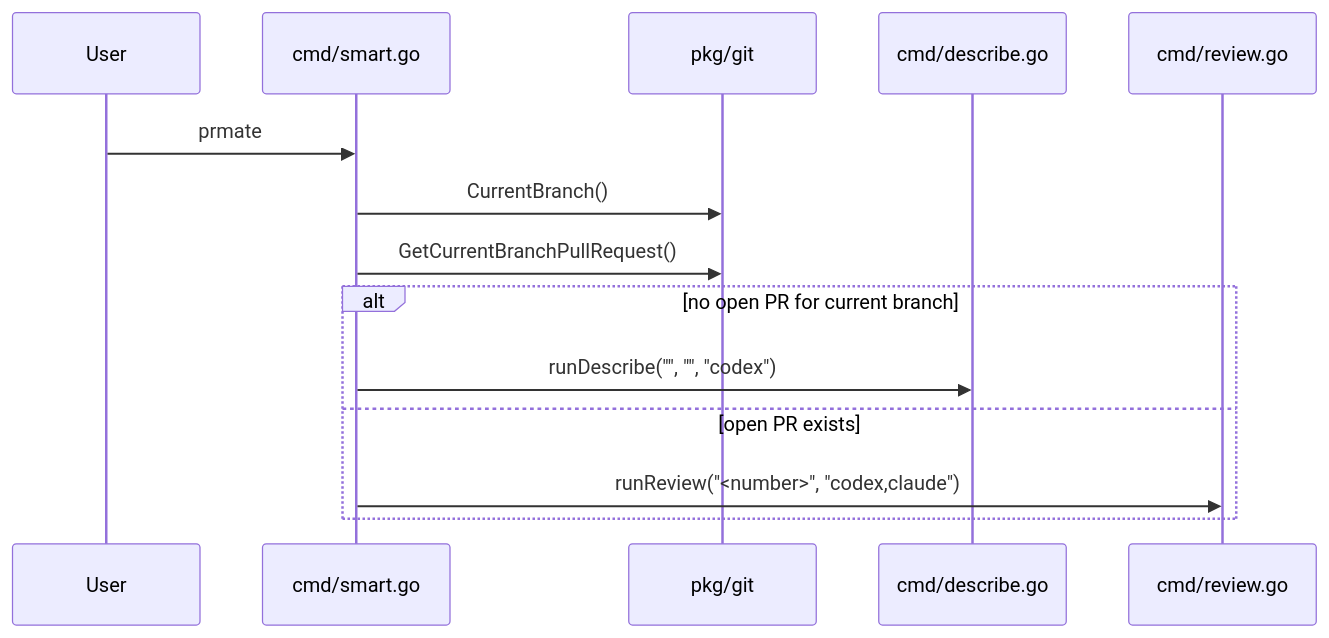
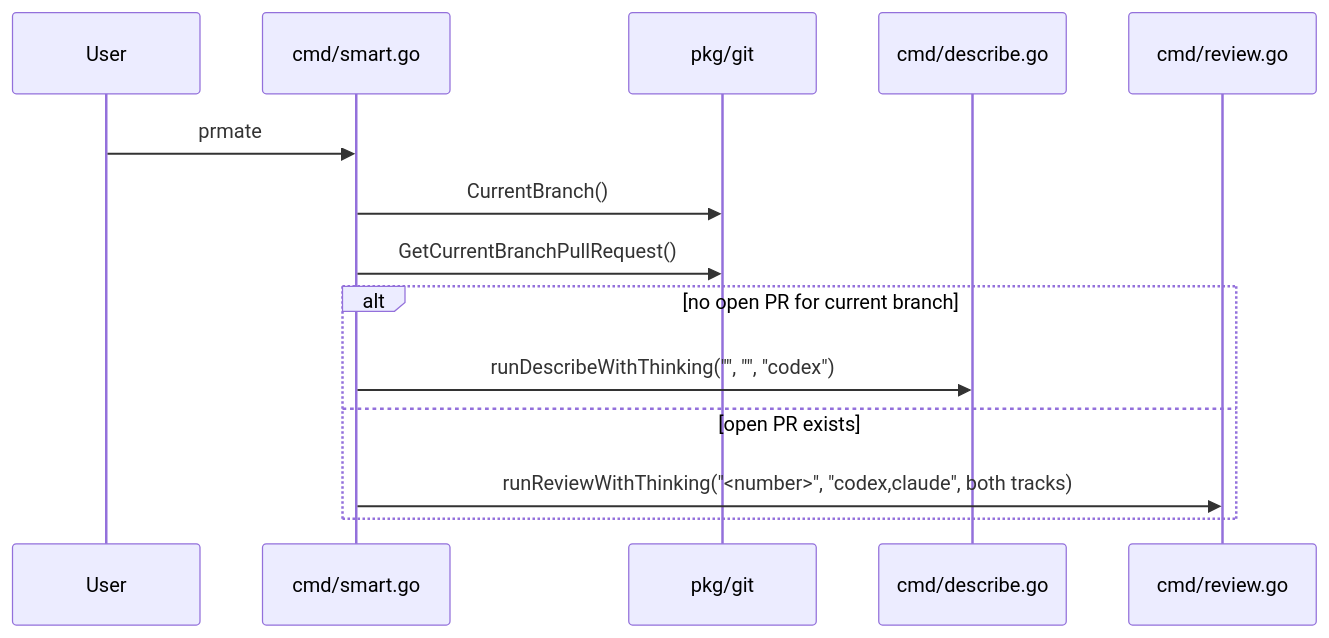
The second of 4 diagrams in CONTEXT.md (mpiorowski/prmate), drawn with Mermaid before and after one commit. The commit also changed other lines of this file and 10 other files, not shown here.

````diff
--- a/CONTEXT.md
+++ b/CONTEXT.md
@@ -149,17 +150,17 @@
 ```mermaid
 sequenceDiagram
     participant U as User
     participant S as cmd/smart.go
     participant G as pkg/git
     participant D as cmd/describe.go
     participant R as cmd/review.go
 
     U->>S: prmate
     S->>G: CurrentBranch()
     S->>G: GetCurrentBranchPullRequest()
     alt no open PR for current branch
-        S->>D: runDescribe("", "", "codex")
+        S->>D: runDescribeWithThinking("", "", "codex")
     else open PR exists
-        S->>R: runReview("<number>", "codex,claude")
+        S->>R: runReviewWithThinking("<number>", "codex,claude", both tracks)
     end
 ```
````
